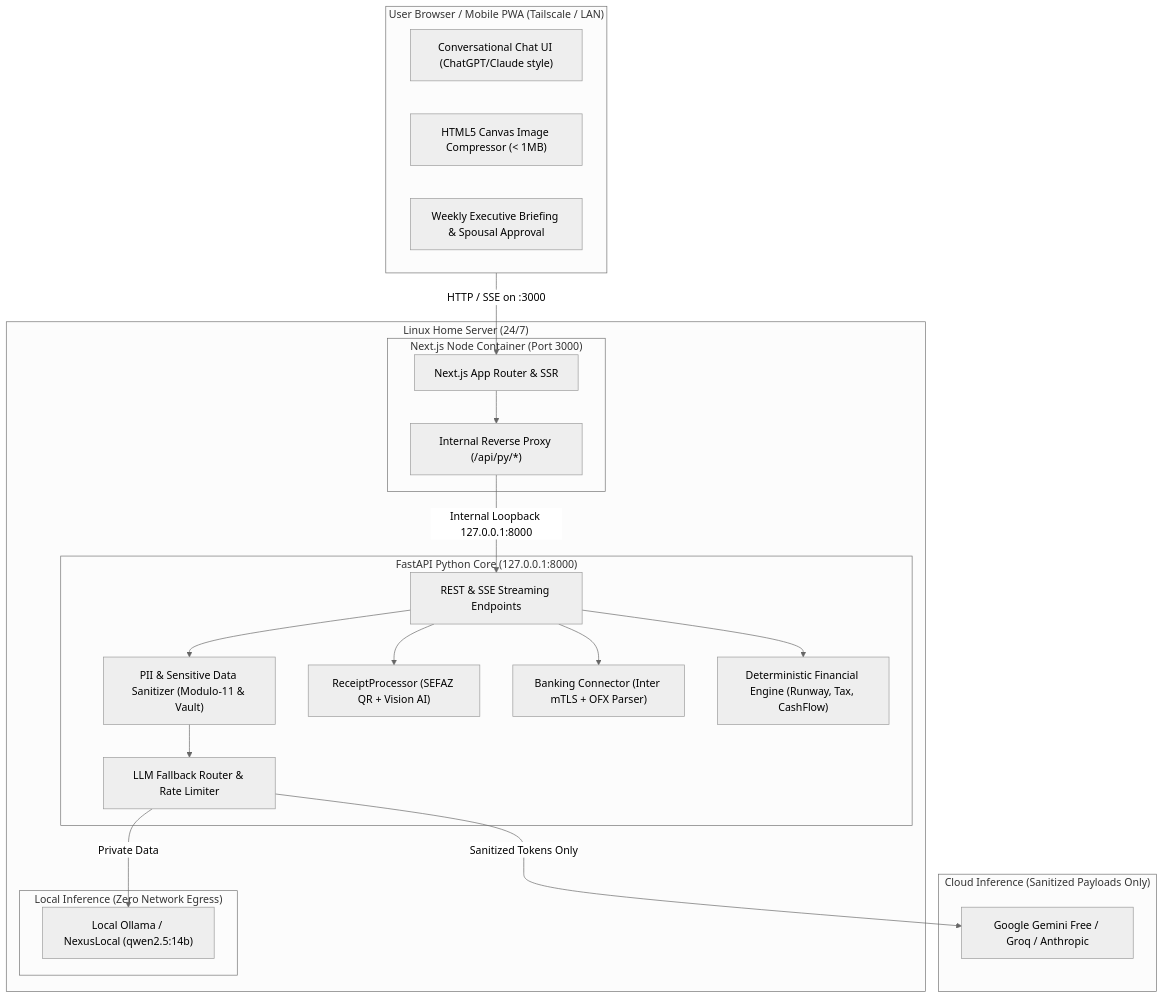
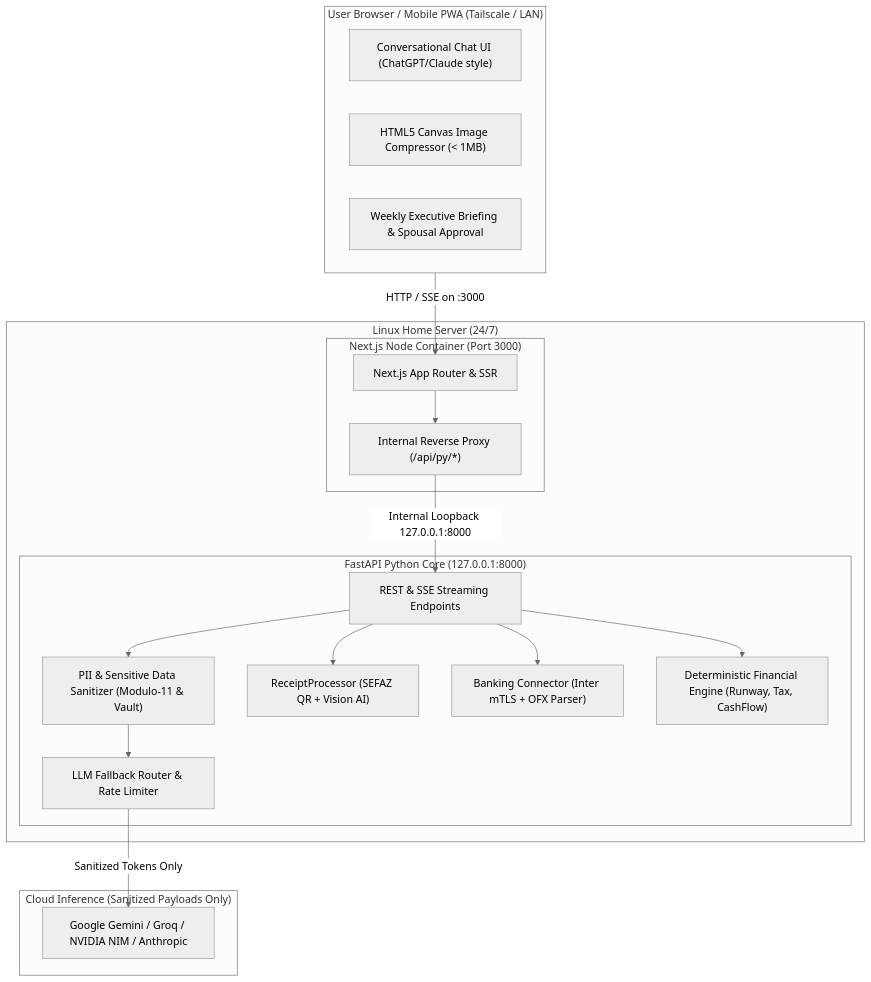
One commit to Henzen3d/open-family-office changed the diagram in docs/designs/03_phase3_web_dashboard_and_banking.md. Above: the diagram before and after it, drawn with Mermaid (neutral theme). The commit also changed other lines of this file and 21 other files, not shown here.

First line of the commit message:
feat(providers): add NVIDIA NIM API provider, remove local Ollama/NexusLocal references

````diff
--- a/docs/designs/03_phase3_web_dashboard_and_banking.md
+++ b/docs/designs/03_phase3_web_dashboard_and_banking.md
@@ -23,43 +23,39 @@
 ```mermaid
 flowchart TD
     subgraph Browser["User Browser / Mobile PWA (Tailscale / LAN)"]
         ChatUI["Conversational Chat UI (ChatGPT/Claude style)"]
         CanvasCompress["HTML5 Canvas Image Compressor (< 1MB)"]
         Dashboard["Weekly Executive Briefing & Spousal Approval"]
     end
 
     subgraph LinuxServer["Linux Home Server (24/7)"]
         subgraph NextServer["Next.js Node Container (Port 3000)"]
             AppRouter["Next.js App Router & SSR"]
             ProxyRewrites["Internal Reverse Proxy (/api/py/*)"]
         end
 
         subgraph FastAPICore["FastAPI Python Core (127.0.0.1:8000)"]
             APIEndpoints["REST & SSE Streaming Endpoints"]
             PIISanitizer["PII & Sensitive Data Sanitizer (Modulo-11 & Vault)"]
             ReceiptEngine["ReceiptProcessor (SEFAZ QR + Vision AI)"]
             BankIngest["Banking Connector (Inter mTLS + OFX Parser)"]
             CoreMath["Deterministic Financial Engine (Runway, Tax, CashFlow)"]
             Router["LLM Fallback Router & Rate Limiter"]
         end
 
-        subgraph LocalAI["Local Inference (Zero Network Egress)"]
-            Ollama["Local Ollama / NexusLocal (qwen2.5:14b)"]
-        end
     end
 
     subgraph CloudAI["Cloud Inference (Sanitized Payloads Only)"]
-        Gemini["Google Gemini Free / Groq / Anthropic"]
+        Gemini["Google Gemini / Groq / NVIDIA NIM / Anthropic"]
     end
 
     Browser -->|HTTP / SSE on :3000| AppRouter
     AppRouter --> ProxyRewrites
     ProxyRewrites -->|Internal Loopback 127.0.0.1:8000| APIEndpoints
     APIEndpoints --> PIISanitizer
     PIISanitizer --> Router
-    Router -->|Private Data| Ollama
     Router -->|Sanitized Tokens Only| Gemini
     APIEndpoints --> ReceiptEngine
     APIEndpoints --> BankIngest
     APIEndpoints --> CoreMath
 ```
````
